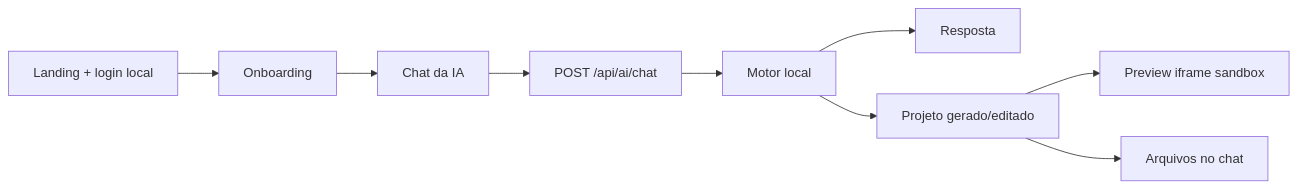
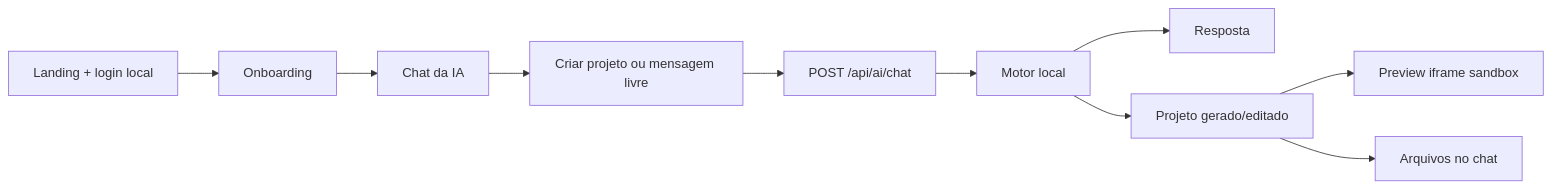
The diagram in docs/architecture.md (zszoro/ZS-Ferramenta-), drawn with Mermaid before and after one commit. The commit also changed other lines of this file and 4 other files, not shown here.

Commit message:
Add project brief flow with niche imagery

````diff
--- a/docs/architecture.md
+++ b/docs/architecture.md
@@ -5,11 +5,12 @@
 ```mermaid
 flowchart LR
   A["Landing + login local"] --> B["Onboarding"]
   B --> C["Chat da IA"]
-  C --> D["POST /api/ai/chat"]
-  D --> E["Motor local"]
-  E --> F["Resposta"]
-  E --> G["Projeto gerado/editado"]
-  G --> H["Preview iframe sandbox"]
-  G --> I["Arquivos no chat"]
+  C --> D["Criar projeto ou mensagem livre"]
+  D --> E["POST /api/ai/chat"]
+  E --> F["Motor local"]
+  F --> G["Resposta"]
+  F --> H["Projeto gerado/editado"]
+  H --> I["Preview iframe sandbox"]
+  H --> J["Arquivos no chat"]
 ```
````
